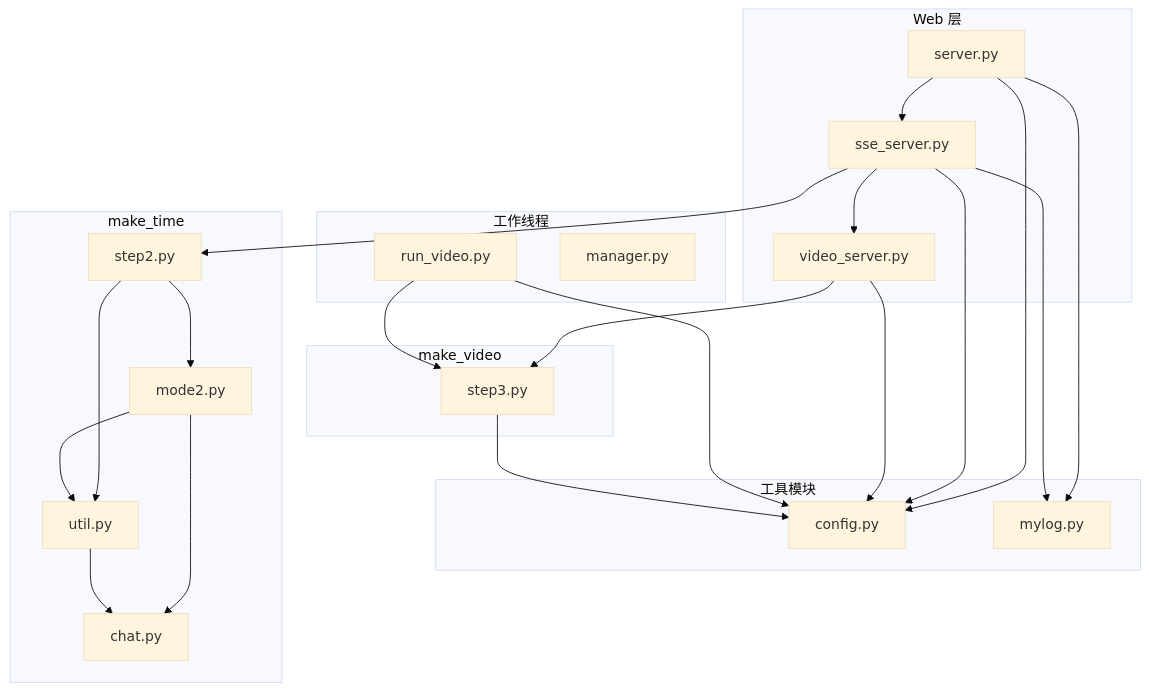
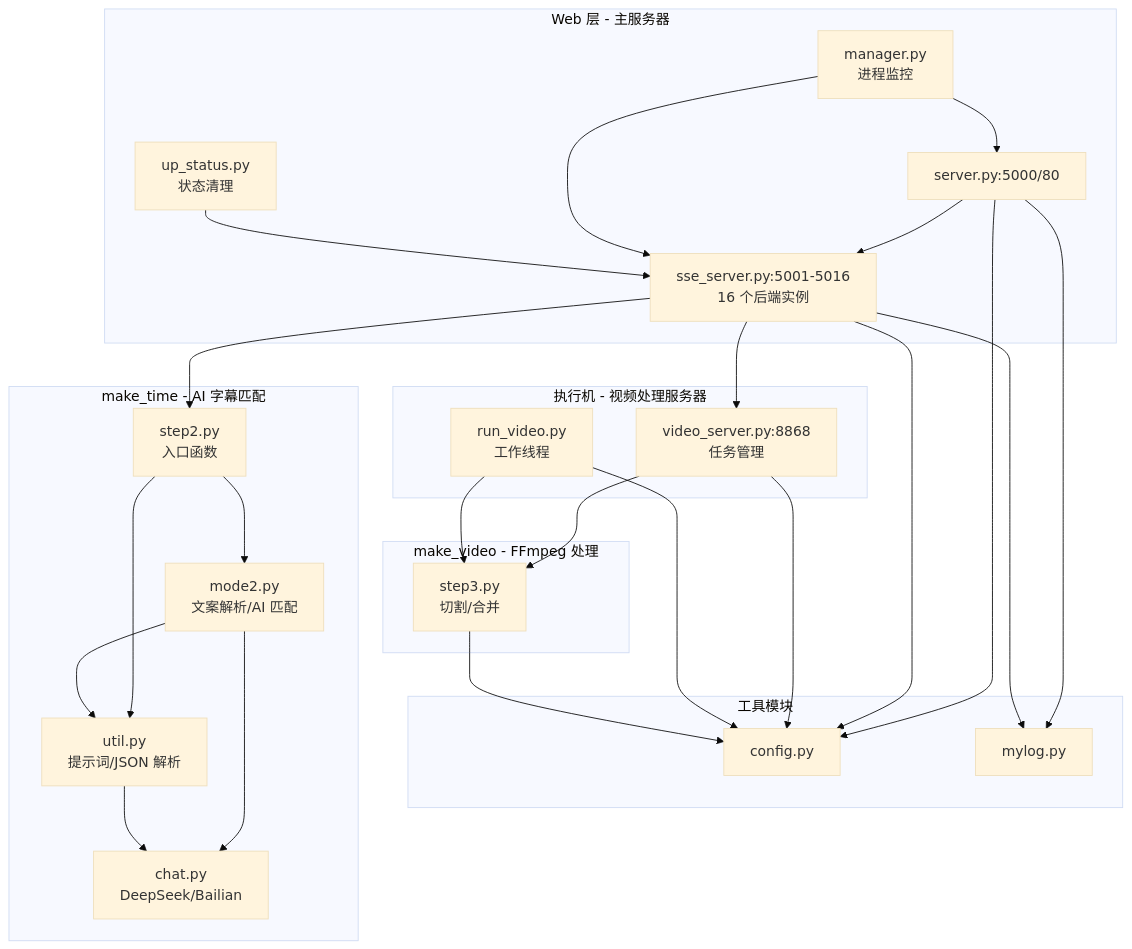
One commit to nii8/split_video changed the second of 2 diagrams in TECHNICAL_DOCS.md. Above: the diagram before and after it, drawn with Mermaid (base theme). The commit also changed other lines of this file, not shown here.

````diff
--- a/TECHNICAL_DOCS.md
+++ b/TECHNICAL_DOCS.md
@@ -228,52 +240,64 @@
 ```mermaid
 graph TD
-    subgraph Web 层
-        server[server.py]
-        sse[sse_server.py]
-        video[video_server.py]
+    subgraph Web 层 - 主服务器
+        server[server.py:5000/80]
+        sse[sse_server.py:5001-5016<br/>16 个后端实例]
+        manager[manager.py<br/>进程监控]
+        up_status[up_status.py<br/>状态清理]
     end
 
-    subgraph 工作线程
-        run_video[run_video.py]
-        manager[manager.py]
+    subgraph 执行机 - 视频处理服务器
+        video[video_server.py:8868<br/>任务管理]
+        run_video[run_video.py<br/>工作线程]
     end
 
     subgraph 工具模块
         config[config.py]
         mylog[mylog.py]
     end
 
-    subgraph make_time
-        step2[step2.py]
-        mode2[mode2.py]
-        util[util.py]
-        chat[chat.py]
+    subgraph make_time - AI 字幕匹配
+        step2[step2.py<br/>入口函数]
+        mode2[mode2.py<br/>文案解析/AI 匹配]
+        util[util.py<br/>提示词/JSON 解析]
+        chat[chat.py<br/>DeepSeek/Bailian]
     end
 
-    subgraph make_video
-        step3[step3.py]
+    subgraph make_video - FFmpeg 处理
+        step3[step3.py<br/>切割/合并]
     end
 
+    %% 主服务器依赖
     server --> config
     server --> mylog
     server --> sse
 
+    %% SSE 后端依赖
     sse --> config
     sse --> mylog
     sse --> step2
     sse --> video
 
+    %% 执行机依赖
     video --> config
     video --> step3
 
     run_video --> config
     run_video --> step3
 
+    %% make_time 内部依赖
     step2 --> mode2
     step2 --> util
     mode2 --> util
     mode2 --> chat
     util --> chat
 
+    %% make_video 依赖
     step3 --> config
+
+    %% 监控依赖
+    manager --> server
+    manager --> sse
+
+    up_status --> sse
 ```
````
